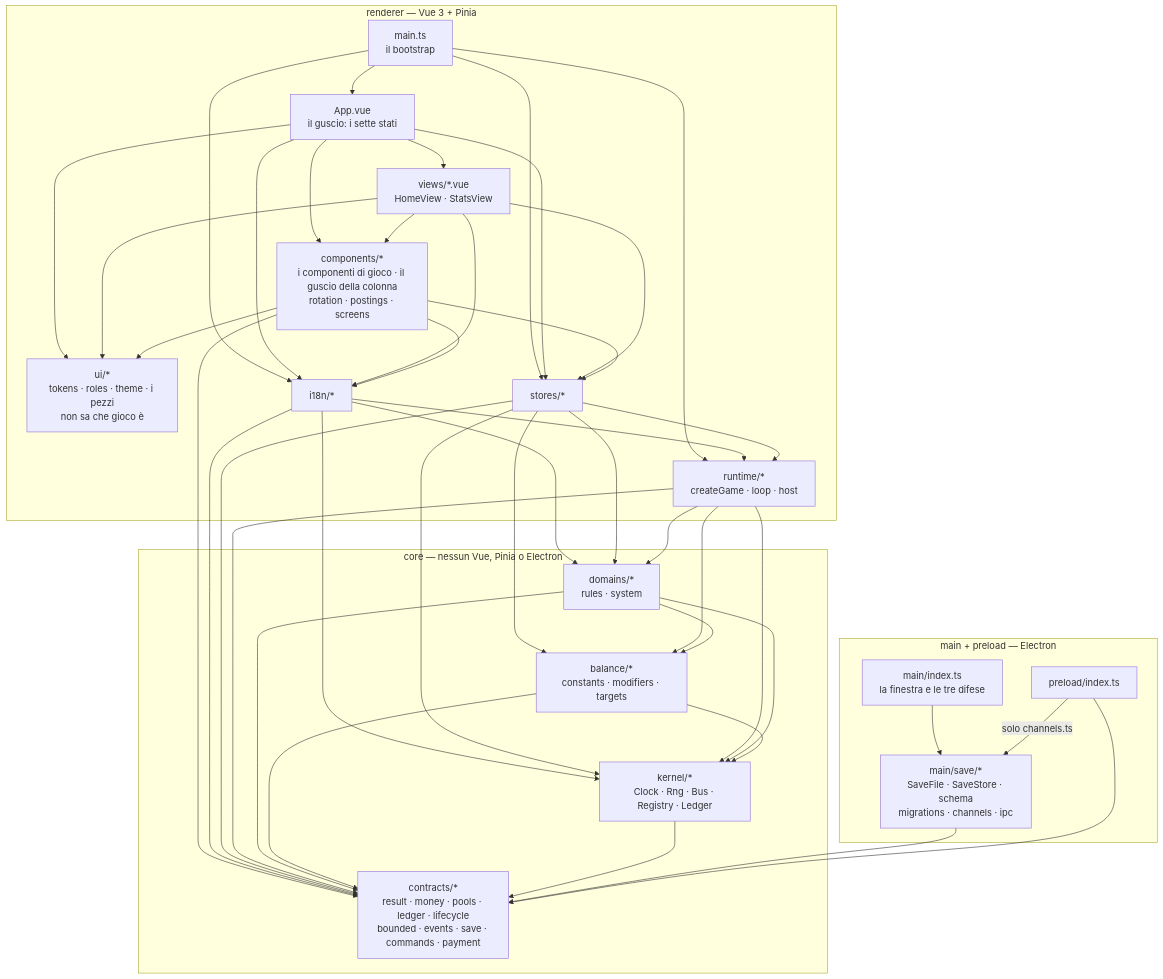
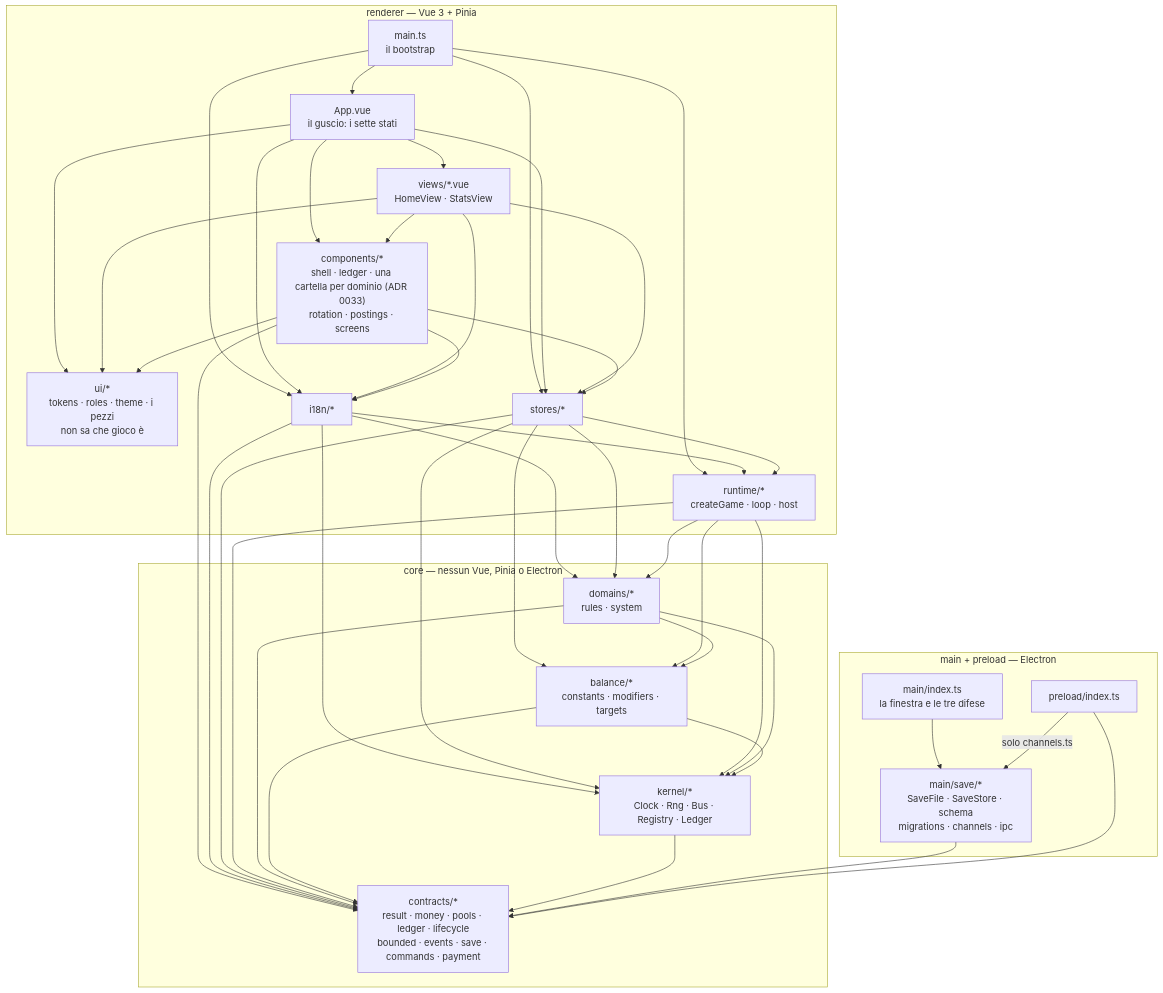
Before and after one commit to devfrx/solvent: the diagram in docs/architettura.md, drawn with Mermaid. The commit also changed other lines of this file and 34 other files, not shown here.

First line of the commit message:
feat(D026): dove si attacca un dominio, e la cartella che glielo impedisce di sbagliare

````diff
--- a/docs/architettura.md
+++ b/docs/architettura.md
@@ -14,67 +14,67 @@
 ```mermaid
 flowchart TD
   subgraph PLAT["main + preload — Electron"]
     MAIN["main/index.ts<br/>la finestra e le tre difese"]
     SAVE["main/save/*<br/>SaveFile · SaveStore · schema<br/>migrations · channels · ipc"]
     PRE["preload/index.ts"]
   end
 
   subgraph REND["renderer — Vue 3 + Pinia"]
     BOOT["main.ts<br/>il bootstrap"]
     APP["App.vue<br/>il guscio: i sette stati"]
     VIEWS["views/*.vue<br/>HomeView · StatsView"]
-    CMP["components/*<br/>i componenti di gioco · il guscio della colonna<br/>rotation · postings · screens"]
+    CMP["components/*<br/>shell · ledger · una cartella per dominio (ADR 0033)<br/>rotation · postings · screens"]
     UI["ui/*<br/>tokens · roles · theme · i pezzi<br/>non sa che gioco è"]
     I18N["i18n/*"]
     ST["stores/*"]
     RT["runtime/*<br/>createGame · loop · host"]
   end
 
   subgraph CORE["core — nessun Vue, Pinia o Electron"]
     DOM["domains/*<br/>rules · system"]
     BAL["balance/*<br/>constants · modifiers · targets"]
     KER["kernel/*<br/>Clock · Rng · Bus · Registry · Ledger"]
     CON["contracts/*<br/>result · money · pools · ledger · lifecycle<br/>bounded · events · save · commands · payment"]
   end
 
   BOOT --> APP
   BOOT --> ST
   BOOT --> RT
   BOOT --> I18N
   APP --> VIEWS
   APP --> CMP
   APP --> ST
   APP --> I18N
   VIEWS --> CMP
   VIEWS --> ST
   VIEWS --> I18N
   CMP --> ST
   CMP --> I18N
   APP --> UI
   VIEWS --> UI
   CMP --> UI
   CMP --> CON
   I18N --> CON
   I18N --> DOM
   I18N --> KER
   I18N --> RT
   ST  --> RT
   ST  --> DOM
   ST  --> KER
   ST  --> BAL
   ST  --> CON
   RT  --> DOM
   RT  --> KER
   RT  --> BAL
   RT  --> CON
   DOM --> BAL
   DOM --> KER
   DOM --> CON
   BAL --> KER
   BAL --> CON
   KER --> CON
   MAIN --> SAVE
   SAVE --> CON
   PRE --> CON
   PRE -->|solo channels.ts| SAVE
 ```
````
